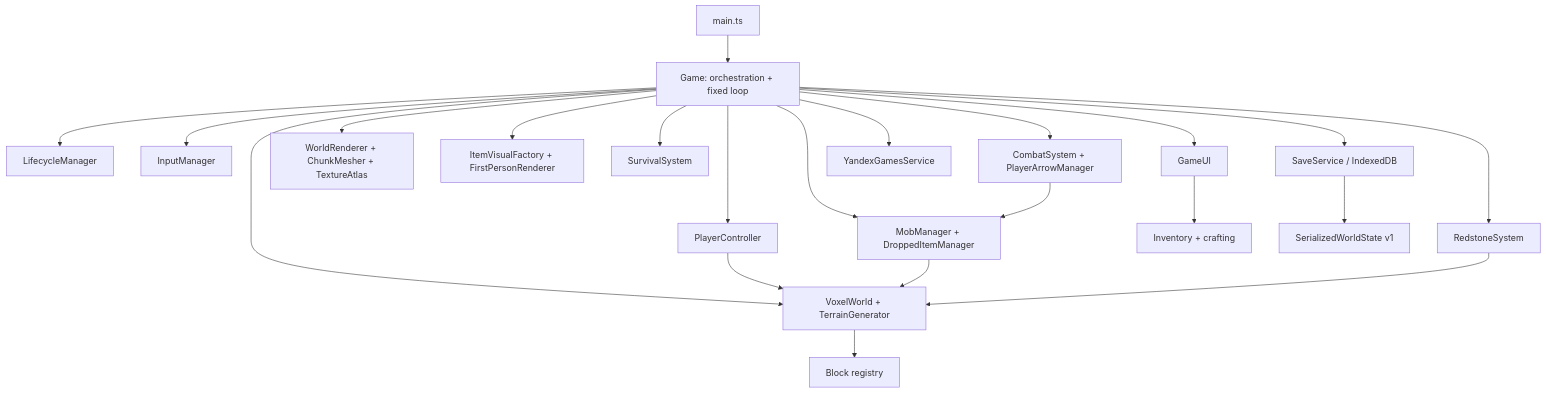
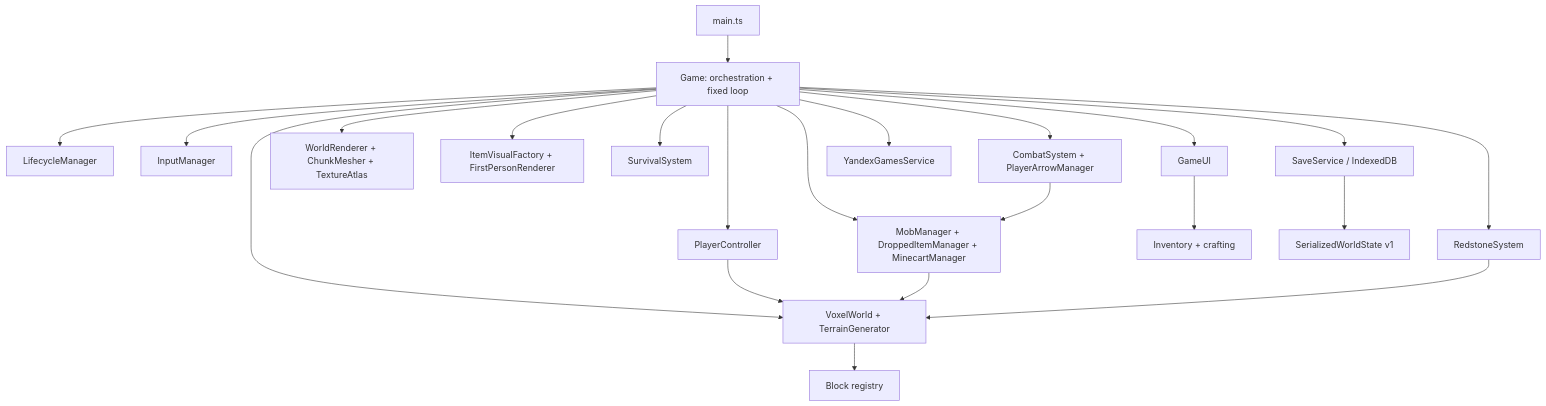
Before and after one commit to hasbatoff2015-web/mine-s-mixosom: the first of 2 diagrams in docs/ARCHITECTURE.md, drawn with Mermaid. The commit also changed other lines of this file and 49 other files, not shown here.

First line of the commit message:
feat: add flowing fluids, lava lakes, and new survival content

````diff
--- a/docs/ARCHITECTURE.md
+++ b/docs/ARCHITECTURE.md
@@ -18,24 +18,24 @@
 ```mermaid
 flowchart TD
   Entry["main.ts"] --> Game["Game: orchestration + fixed loop"]
   Game --> Life["LifecycleManager"]
   Game --> Input["InputManager"]
   Game --> UI["GameUI"]
   Game --> World["VoxelWorld + TerrainGenerator"]
   Game --> Render["WorldRenderer + ChunkMesher + TextureAtlas"]
   Game --> Items3D["ItemVisualFactory + FirstPersonRenderer"]
   Game --> Player["PlayerController"]
   Game --> Survival["SurvivalSystem"]
   Game --> Combat["CombatSystem + PlayerArrowManager"]
-  Game --> Entities["MobManager + DroppedItemManager"]
+  Game --> Entities["MobManager + DroppedItemManager + MinecartManager"]
   Game --> Redstone["RedstoneSystem"]
   Game --> Save["SaveService / IndexedDB"]
   Game --> Platform["YandexGamesService"]
   World --> Blocks["Block registry"]
   UI --> Inventory["Inventory + crafting"]
   Player --> World
   Entities --> World
   Redstone --> World
   Combat --> Entities
   Save --> Serialized["SerializedWorldState v1"]
 ```
````
